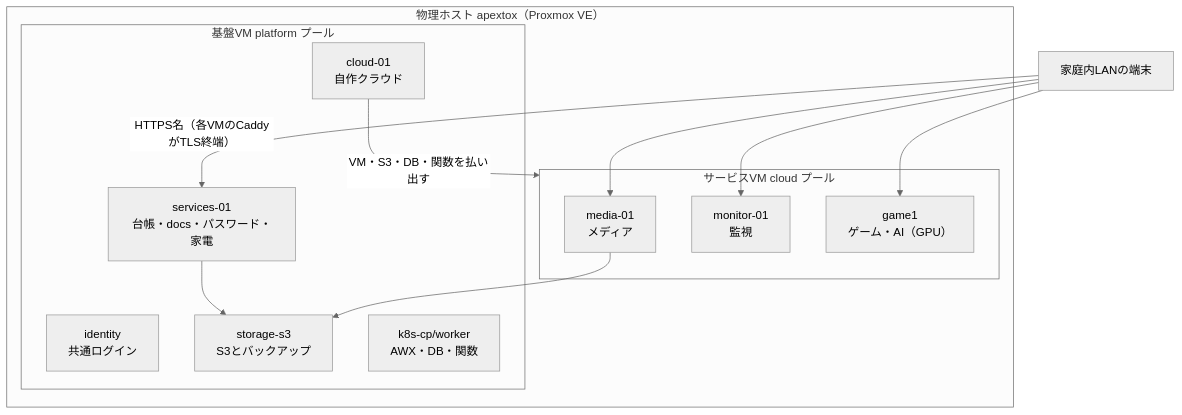
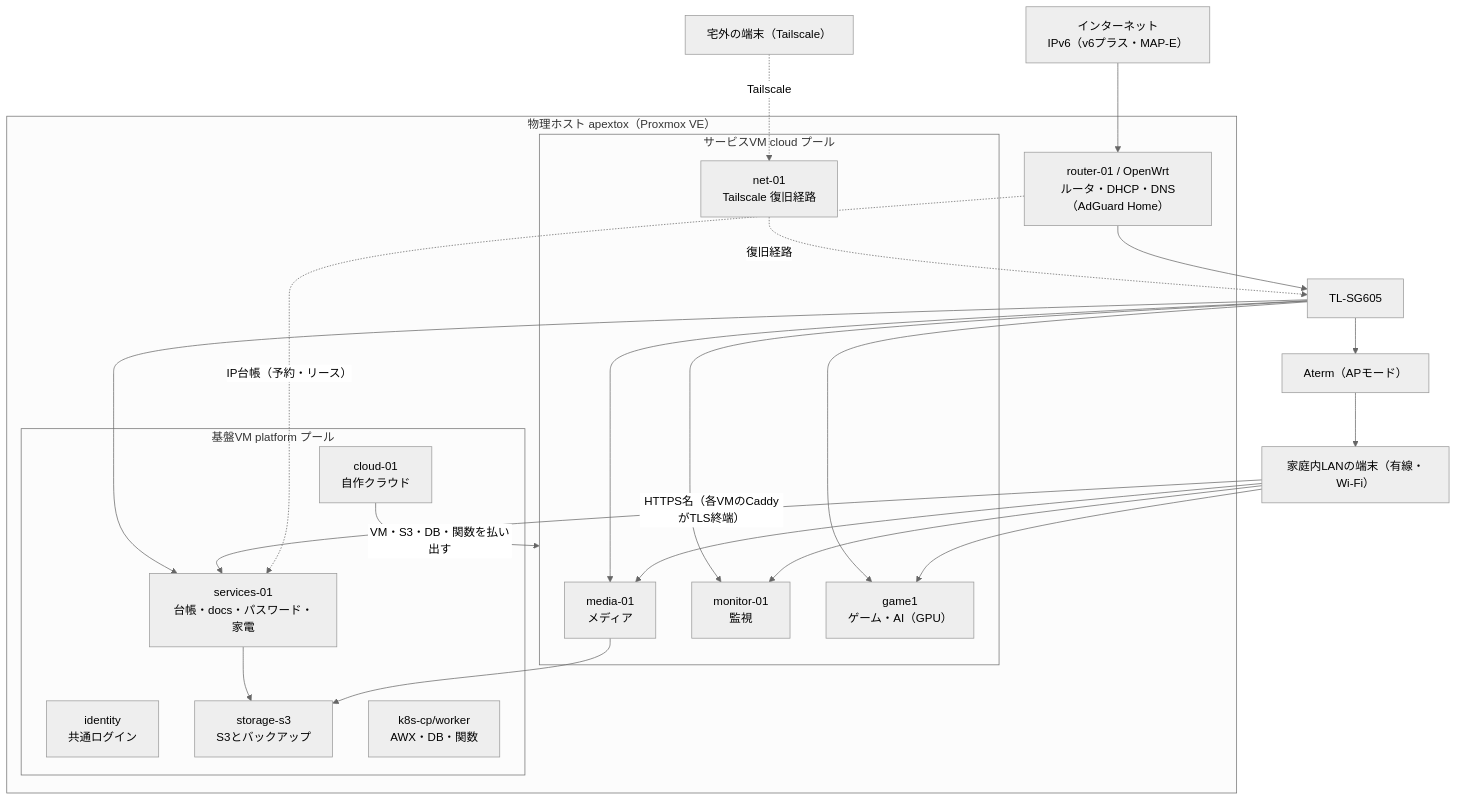
The diagram in docs/index.md (rurutheGeek/shake-cloud), drawn with Mermaid (neutral theme) before and after one commit. The commit also changed other lines of this file and 9 other files, not shown here.

First line of the commit message:
docs(network): ネットワークの全体図を現状に更新する

````diff
--- a/docs/index.md
+++ b/docs/index.md
@@ -11,27 +11,43 @@
 ```mermaid
 flowchart TB
-  devices["家庭内LANの端末"]
+  internet["インターネット<br/>IPv6（v6プラス・MAP-E）"]
+  devices["家庭内LANの端末（有線・Wi-Fi）"]
+  remote["宅外の端末（Tailscale）"]
 
   subgraph host["物理ホスト apextox（Proxmox VE）"]
+    router["router-01 / OpenWrt<br/>ルータ・DHCP・DNS（AdGuard Home）"]
     subgraph infra["基盤VM platform プール"]
       identity["identity<br/>共通ログイン"]
       cloud01["cloud-01<br/>自作クラウド"]
       services01["services-01<br/>台帳・docs・パスワード・家電"]
       storage["storage-s3<br/>S3とバックアップ"]
       k8s["k8s-cp/worker<br/>AWX・DB・関数"]
     end
     subgraph svcpool["サービスVM cloud プール"]
       media["media-01<br/>メディア"]
       monitor["monitor-01<br/>監視"]
       game["game1<br/>ゲーム・AI（GPU）"]
+      net01["net-01<br/>Tailscale 復旧経路"]
     end
   end
+  switch["TL-SG605"]
+  aterm["Aterm（APモード）"]
 
+  internet --> router
+  router --> switch
+  switch --> aterm --> devices
+  switch --> services01
+  switch --> media
+  switch --> monitor
+  switch --> game
+  remote -. Tailscale .-> net01
+  net01 -. 復旧経路 .-> switch
   devices -- "HTTPS名（各VMのCaddyがTLS終端）" --> services01
   devices --> media
   devices --> monitor
   devices --> game
   cloud01 -- "VM・S3・DB・関数を払い出す" --> svcpool
   services01 --> storage
   media --> storage
+  router -. "IP台帳（予約・リース）" .-> services01
 ```
````
